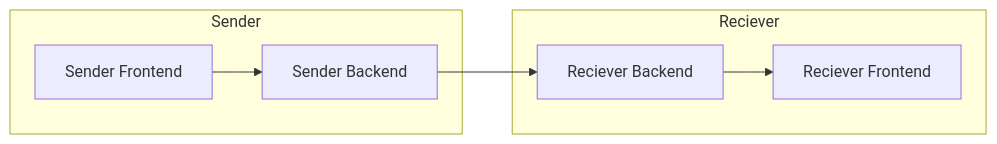
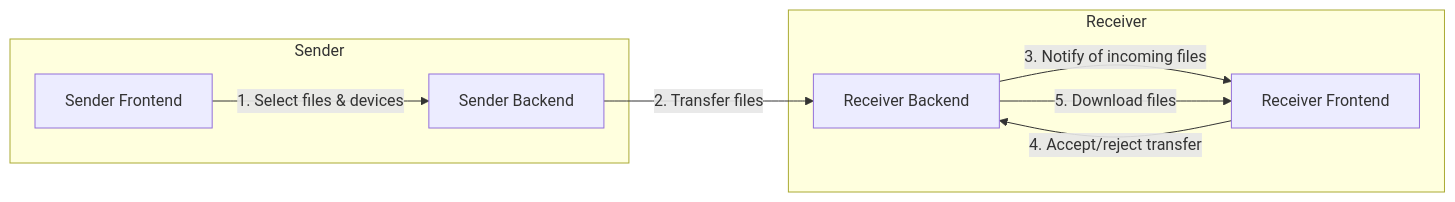
The diagram in README.md (Mohammad-Ali-Haider/ip-dropper), drawn with Mermaid before and after one commit. The commit also changed other lines of this file and 11 other files, not shown here.

````diff
--- a/README.md
+++ b/README.md
@@ -139,16 +152,18 @@
 ```mermaid
 flowchart LR
     subgraph Sender
       FE[Sender Frontend]
       BE[Sender Backend]
     end
 
-    subgraph Reciever
-      RFE[Reciever Frontend]
-      RBE[Reciever Backend]
+    subgraph Receiver
+      RFE[Receiver Frontend]
+      RBE[Receiver Backend]
     end
 
-    FE --> BE
-    BE --> RBE
-    RBE --> RFE
+    FE -->|1. Select files & devices| BE
+    BE -->|2. Transfer files| RBE
+    RBE -->|3. Notify of incoming files| RFE
+    RFE -->|4. Accept/reject transfer| RBE
+    RBE -->|5. Download files| RFE
 ```
````
